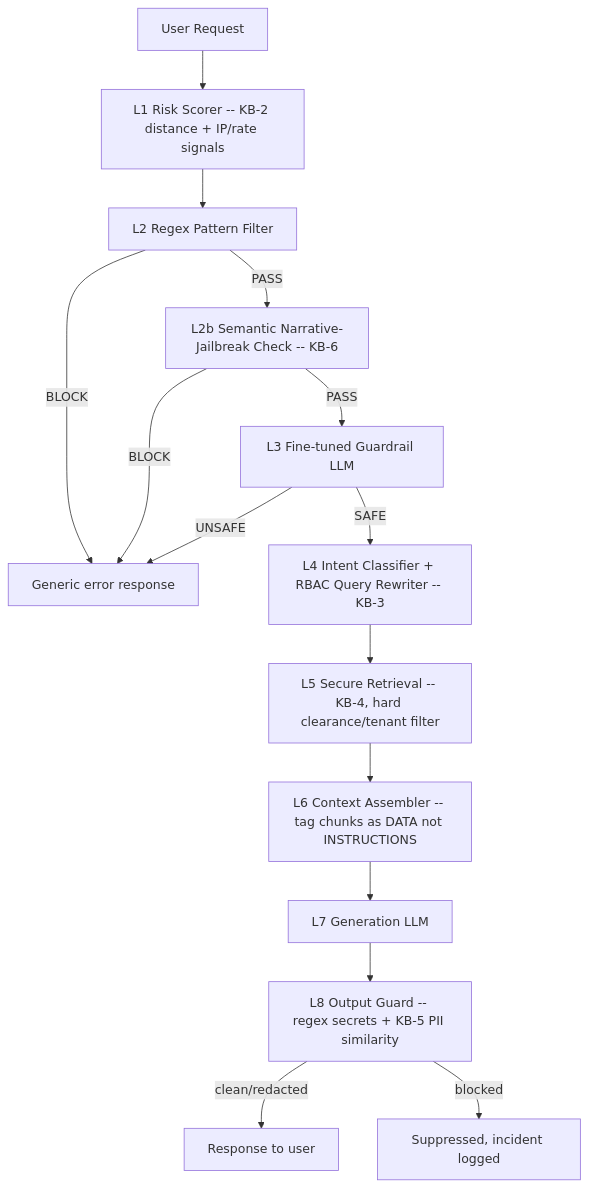
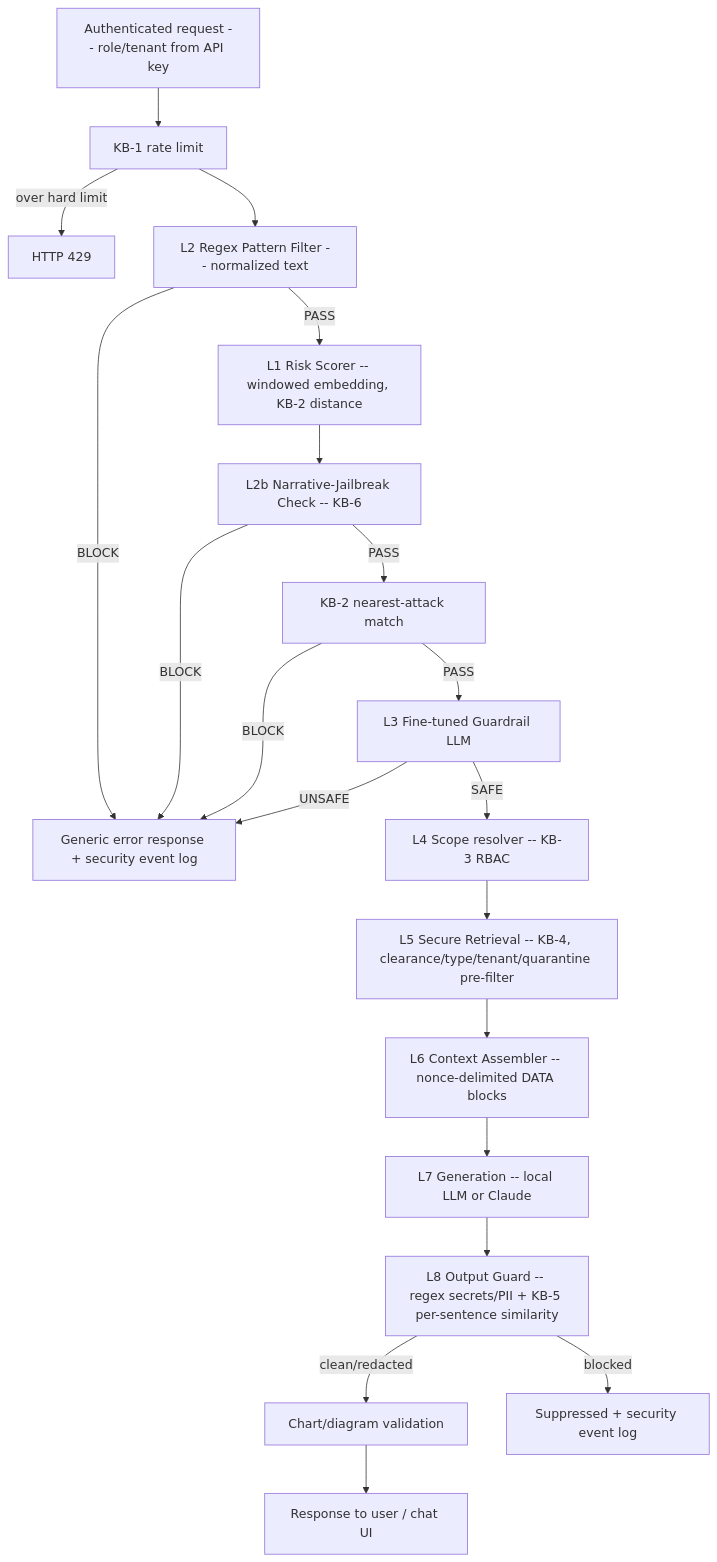
The diagram in README.md (Arittroskr32/RAG-support-assistant), drawn with Mermaid before and after one commit. The commit also changed other lines of this file and 66 other files, not shown here.

````diff
--- a/README.md
+++ b/README.md
@@ -29,17 +30,22 @@
 ```mermaid
 flowchart TD
-    A[User Request] --> L1[L1 Risk Scorer -- KB-2 distance + IP/rate signals]
-    L1 --> L2[L2 Regex Pattern Filter]
-    L2 -->|BLOCK| X[Generic error response]
-    L2 -->|PASS| L2b[L2b Semantic Narrative-Jailbreak Check -- KB-6]
+    A[Authenticated request -- role/tenant from API key] --> R[KB-1 rate limit]
+    R -->|over hard limit| Z[HTTP 429]
+    R --> L2[L2 Regex Pattern Filter -- normalized text]
+    L2 -->|BLOCK| X[Generic error response + security event log]
+    L2 -->|PASS| L1[L1 Risk Scorer -- windowed embedding, KB-2 distance]
+    L1 --> L2b[L2b Narrative-Jailbreak Check -- KB-6]
     L2b -->|BLOCK| X
-    L2b -->|PASS| L3[L3 Fine-tuned Guardrail LLM]
+    L2b -->|PASS| K2[KB-2 nearest-attack match]
+    K2 -->|BLOCK| X
+    K2 -->|PASS| L3[L3 Fine-tuned Guardrail LLM]
     L3 -->|UNSAFE| X
-    L3 -->|SAFE| L4[L4 Intent Classifier + RBAC Query Rewriter -- KB-3]
-    L4 --> L5[L5 Secure Retrieval -- KB-4, hard clearance/tenant filter]
-    L5 --> L6[L6 Context Assembler -- tag chunks as DATA not INSTRUCTIONS]
-    L6 --> L7[L7 Generation LLM]
-    L7 --> L8[L8 Output Guard -- regex secrets + KB-5 PII similarity]
-    L8 -->|clean/redacted| U[Response to user]
-    L8 -->|blocked| Y[Suppressed, incident logged]
+    L3 -->|SAFE| L4[L4 Scope resolver -- KB-3 RBAC]
+    L4 --> L5[L5 Secure Retrieval -- KB-4, clearance/type/tenant/quarantine pre-filter]
+    L5 --> L6[L6 Context Assembler -- nonce-delimited DATA blocks]
+    L6 --> L7[L7 Generation -- local LLM or Claude]
+    L7 --> L8[L8 Output Guard -- regex secrets/PII + KB-5 per-sentence similarity]
+    L8 -->|clean/redacted| RV[Chart/diagram validation]
+    RV --> U[Response to user / chat UI]
+    L8 -->|blocked| Y[Suppressed + security event log]
 ```
````
